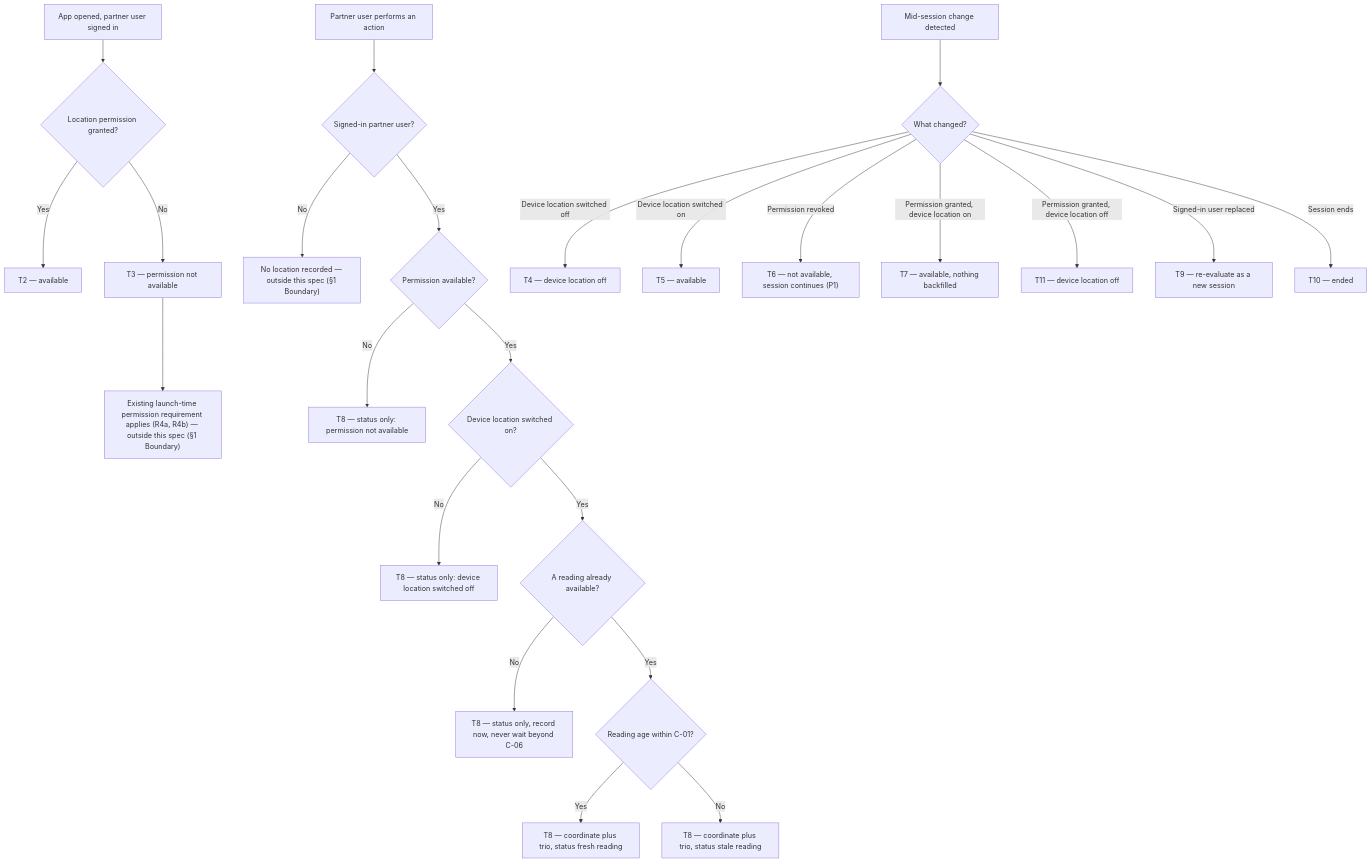
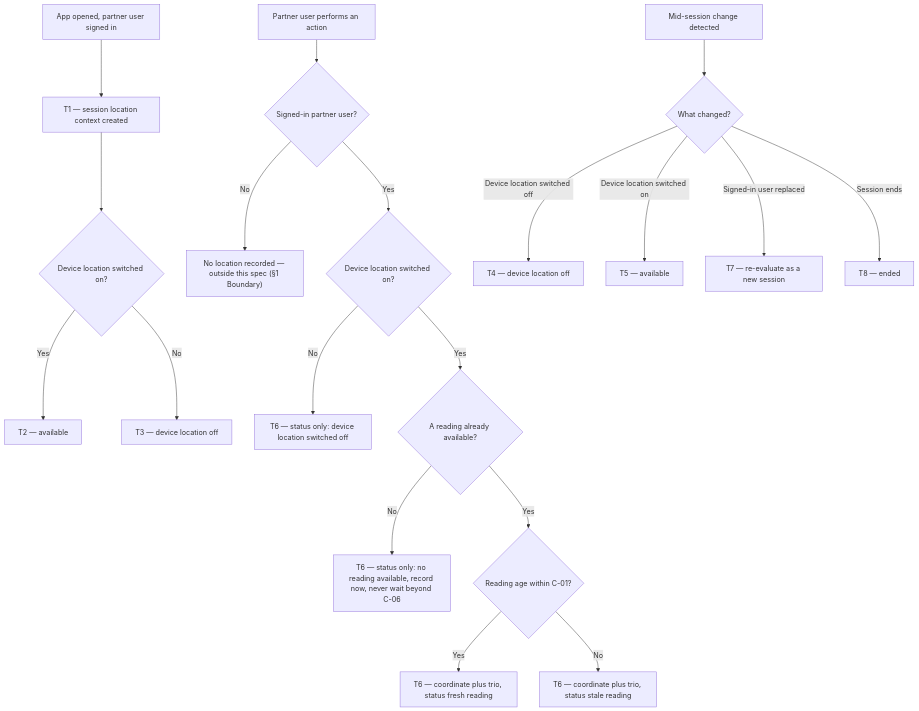
One commit to ashish-raj-wiom/partner-action-location changed the diagram in Partner_Action_Location_PRD.md. Above: the diagram before and after it, drawn with Mermaid. The commit also changed other lines of this file and 2 other files, not shown here.

First line of the commit message:
v0.5 — permission management leaves the spec

````diff
--- a/Partner_Action_Location_PRD.md
+++ b/Partner_Action_Location_PRD.md
@@ -57,28 +58,23 @@
 ```mermaid
 flowchart TD
-    A["App opened, partner user signed in"] --> B{"Location permission granted?"}
-    B -- "Yes" --> C["T2 — available"]
-    B -- "No" --> D["T3 — permission not available"]
-    D --> E["Existing launch-time permission requirement applies (R4a, R4b) — outside this spec (§1 Boundary)"]
+    A["App opened, partner user signed in"] --> B["T1 — session location context created"]
+    B --> C{"Device location switched on?"}
+    C -- "Yes" --> D["T2 — available"]
+    C -- "No" --> E["T3 — device location off"]
 
     F["Partner user performs an action"] --> G{"Signed-in partner user?"}
     G -- "No" --> H["No location recorded — outside this spec (§1 Boundary)"]
-    G -- "Yes" --> I{"Permission available?"}
-    I -- "No" --> J["T8 — status only: permission not available"]
-    I -- "Yes" --> K{"Device location switched on?"}
-    K -- "No" --> L["T8 — status only: device location switched off"]
-    K -- "Yes" --> M{"A reading already available?"}
-    M -- "No" --> N["T8 — status only, record now, never wait beyond C-06"]
-    M -- "Yes" --> O{"Reading age within C-01?"}
-    O -- "Yes" --> P["T8 — coordinate plus trio, status fresh reading"]
-    O -- "No" --> Q["T8 — coordinate plus trio, status stale reading"]
+    G -- "Yes" --> I{"Device location switched on?"}
+    I -- "No" --> J["T6 — status only: device location switched off"]
+    I -- "Yes" --> K{"A reading already available?"}
+    K -- "No" --> L["T6 — status only: no reading available, record now, never wait beyond C-06"]
+    K -- "Yes" --> M{"Reading age within C-01?"}
+    M -- "Yes" --> N["T6 — coordinate plus trio, status fresh reading"]
+    M -- "No" --> O["T6 — coordinate plus trio, status stale reading"]
 
-    R["Mid-session change detected"] --> S{"What changed?"}
-    S -- "Device location switched off" --> T1N["T4 — device location off"]
-    S -- "Device location switched on" --> T2N["T5 — available"]
-    S -- "Permission revoked" --> T3N["T6 — not available, session continues (P1)"]
-    S -- "Permission granted, device location on" --> T4N["T7 — available, nothing backfilled"]
-    S -- "Permission granted, device location off" --> T7N["T11 — device location off"]
-    S -- "Signed-in user replaced" --> T5N["T9 — re-evaluate as a new session"]
-    S -- "Session ends" --> T6N["T10 — ended"]
+    P["Mid-session change detected"] --> Q{"What changed?"}
+    Q -- "Device location switched off" --> R["T4 — device location off"]
+    Q -- "Device location switched on" --> S["T5 — available"]
+    Q -- "Signed-in user replaced" --> T["T7 — re-evaluate as a new session"]
+    Q -- "Session ends" --> U["T8 — ended"]
 ```
````
